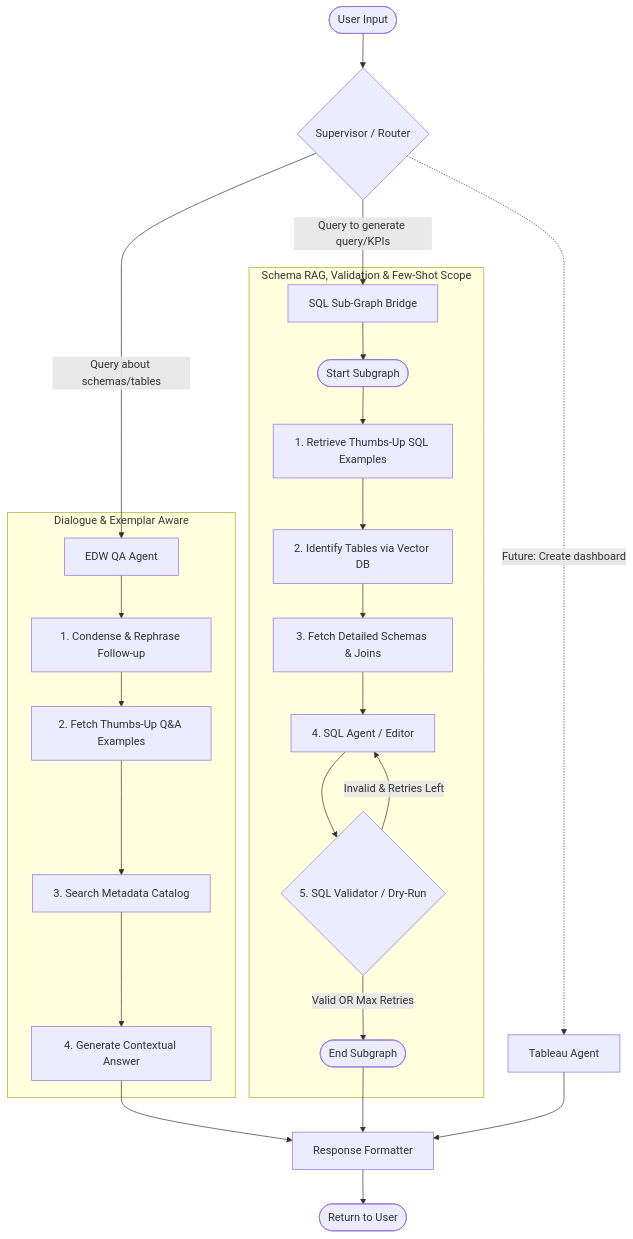
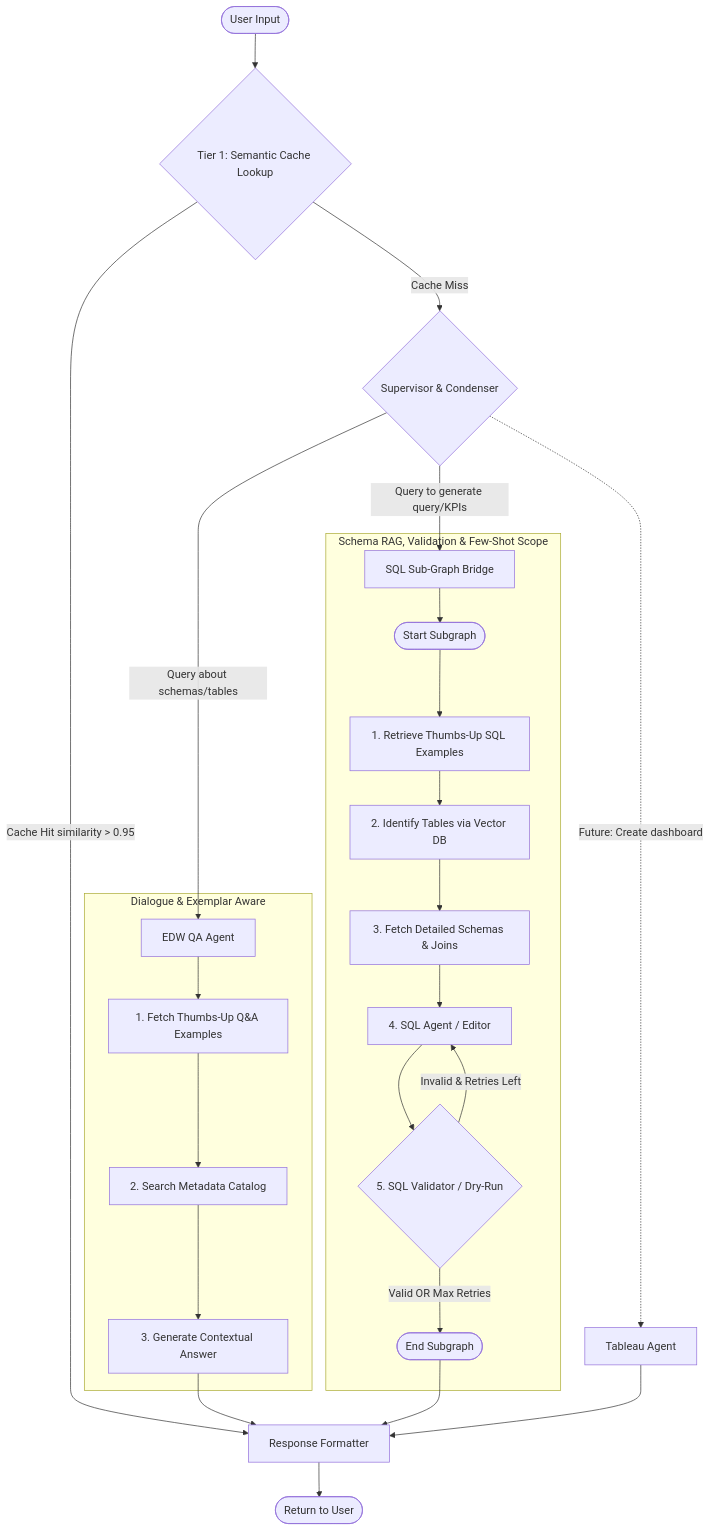
Before and after one commit to shashank3110/vertex_ai_chatbot_plan: the first of 2 diagrams in README.md, drawn with Mermaid. The commit also changed other lines of this file, not shown here.

Commit message:
added fast cahe check and merged condenser with supervisor router

````diff
--- a/README.md
+++ b/README.md
@@ -13,36 +13,37 @@
 ```mermaid
 flowchart TD
-    Start([User Input]) --> Router{Supervisor / Router}
+    Start([User Input]) --> CacheCheck{Tier 1: Semantic Cache Lookup}
+    CacheCheck -->|Cache Hit similarity > 0.95| OutputNode[Response Formatter]
+    CacheCheck -->|Cache Miss| Router{Supervisor & Condenser}
     
     %% QA Node
     Router -->|Query about schemas/tables| QAAgent[EDW QA Agent]
-    subgraph Q&A Sub-Flow [Dialogue & Exemplar Aware]
-        QAAgent --> CondenseQuery[1. Condense & Rephrase Follow-up]
-        CondenseQuery --> RetrieveQAExemplars[2. Fetch Thumbs-Up Q&A Examples]
-        RetrieveQAExemplars --> MetadataSearch[3. Search Metadata Catalog]
-        MetadataSearch --> GenerateAnswer[4. Generate Contextual Answer]
+    subgraph qa_flow ["Dialogue & Exemplar Aware"]
+        QAAgent --> RetrieveQAExemplars[1. Fetch Thumbs-Up Q&A Examples]
+        RetrieveQAExemplars --> MetadataSearch[2. Search Metadata Catalog]
+        MetadataSearch --> GenerateAnswer[3. Generate Contextual Answer]
     end
-    GenerateAnswer --> OutputNode[Response Formatter]
+    GenerateAnswer --> OutputNode
     
     %% SQL Node (Sub-Graph Bridge)
     Router -->|Query to generate query/KPIs| SQLBridge[SQL Sub-Graph Bridge]
     
-    subgraph SQL Sub-Graph [Schema RAG, Validation & Few-Shot Scope]
+    subgraph sql_flow ["Schema RAG, Validation & Few-Shot Scope"]
         SQLBridge --> SQL_Start([Start Subgraph])
         SQL_Start --> FetchSQLExemplars[1. Retrieve Thumbs-Up SQL Examples]
         FetchSQLExemplars --> IdentifyTables[2. Identify Tables via Vector DB]
         IdentifyTables --> FetchDetails[3. Fetch Detailed Schemas & Joins]
         FetchDetails --> SQLAgent[4. SQL Agent / Editor]
         SQLAgent --> SQLValidator{5. SQL Validator / Dry-Run}
         SQLValidator -->|Invalid & Retries Left| SQLAgent
         SQLValidator -->|Valid OR Max Retries| SQL_End([End Subgraph])
     end
     
     SQL_End --> OutputNode
     
     %% Future Nodes
     Router -.->|Future: Create dashboard| TableauAgent[Tableau Agent]
     TableauAgent --> OutputNode
     
     OutputNode --> End([Return to User])
 ```
````
